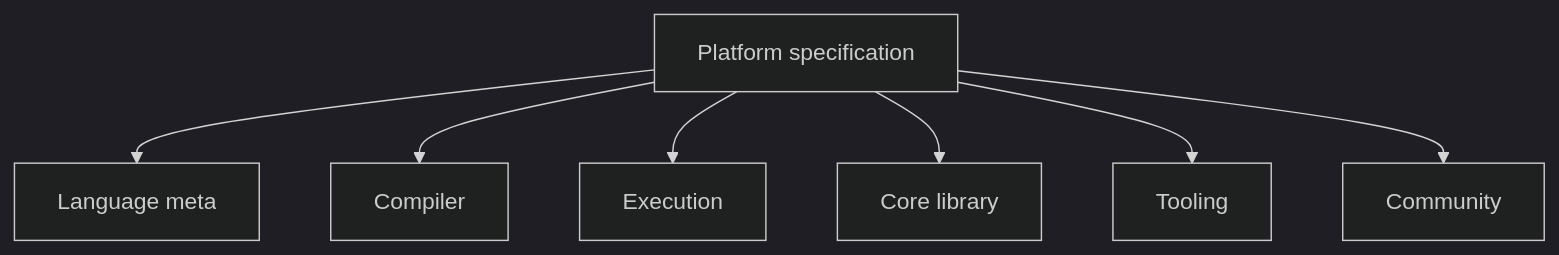
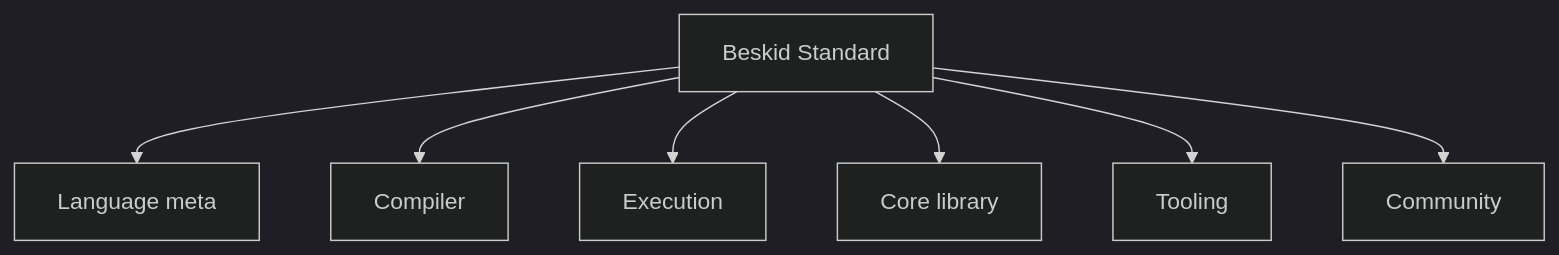
Before and after one commit to Cyber-Nomad-Collective/beskid: the diagram in site/website/src/content/docs/book/13-reading-the-law/platform-spec-home.md, drawn with Mermaid (dark theme). The commit also changed other lines of this file and 527 other files, not shown here.

````diff
--- a/site/website/src/content/docs/book/13-reading-the-law/platform-spec-home.md
+++ b/site/website/src/content/docs/book/13-reading-the-law/platform-spec-home.md
@@ -13,18 +13,18 @@
 ```mermaid
 flowchart TB
-  accTitle: Platform specification domains
-  accDescr: The platform specification home leads to six domains, language meta, compiler, execution, core library, tooling and community.
-  home[Platform specification]
+  accTitle: Standard domains
+  accDescr: The Standard home leads to six domains, language meta, compiler, execution, core library, tooling and community.
+  home[Beskid Standard]
   lm[Language meta]
   comp[Compiler]
   exec[Execution]
   core[Core library]
   tool[Tooling]
   comm[Community]
   home --> lm
   home --> comp
   home --> exec
   home --> core
   home --> tool
   home --> comm
 ```
````
